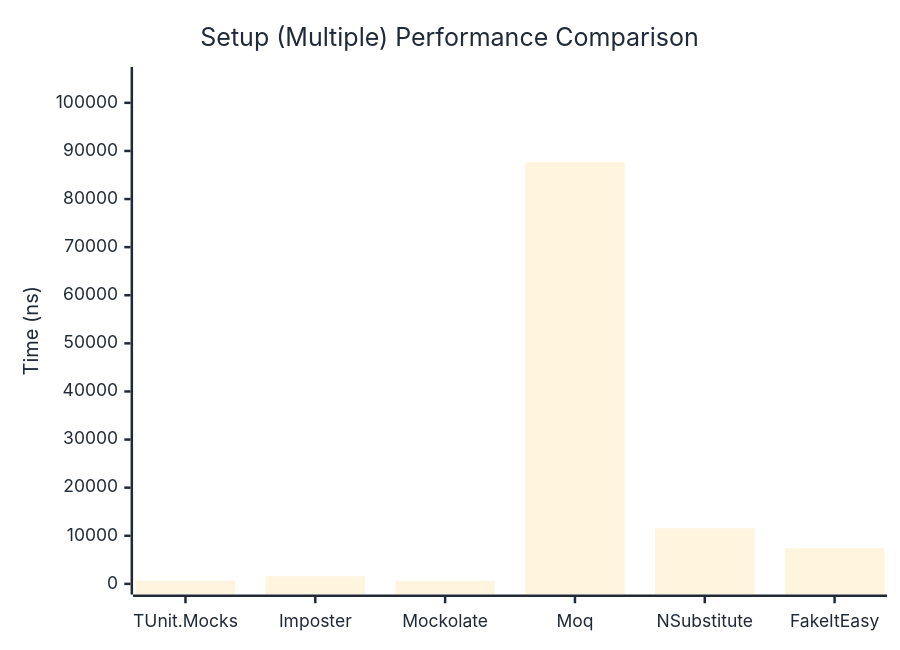
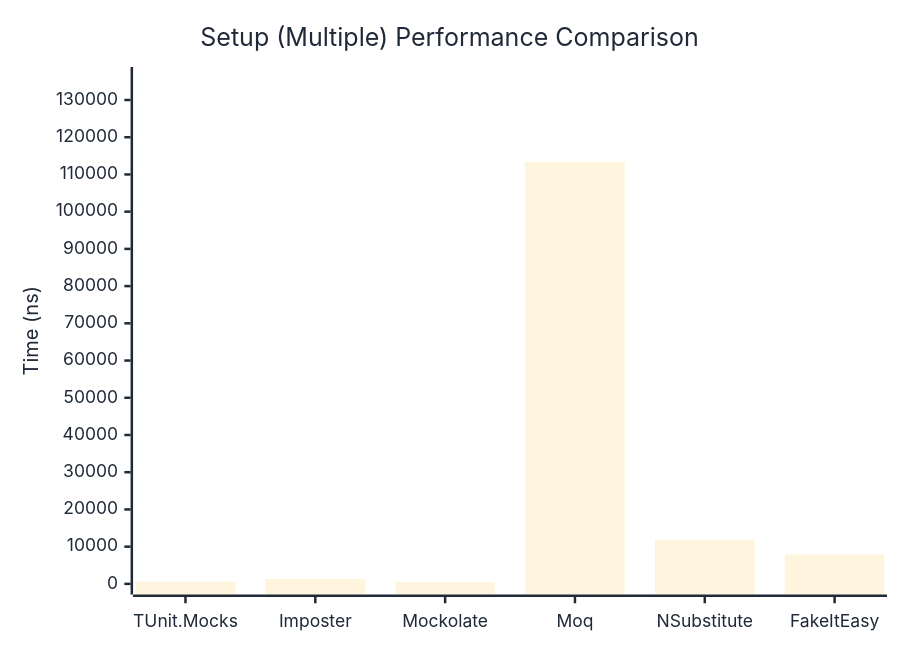
Before and after one commit to thomhurst/TUnit: the second of 2 diagrams in docs/docs/benchmarks/mocks/Setup.md, drawn with Mermaid. The commit also changed other lines of this file and 14 other files, not shown here.

````diff
--- a/docs/docs/benchmarks/mocks/Setup.md
+++ b/docs/docs/benchmarks/mocks/Setup.md
@@ -69,27 +69,27 @@
 ```mermaid
 %%{init: {
   'theme':'base',
   'themeVariables': {
     'primaryColor': '#2563eb',
     'primaryTextColor': '#1f2937',
     'primaryBorderColor': '#1e40af',
     'lineColor': '#6b7280',
     'secondaryColor': '#7c3aed',
     'tertiaryColor': '#dc2626',
     'background': '#ffffff',
     'pie1': '#2563eb',
     'pie2': '#7c3aed',
     'pie3': '#dc2626',
     'pie4': '#f59e0b',
     'pie5': '#10b981',
     'pie6': '#06b6d4',
     'pie7': '#ec4899',
     'pie8': '#6366f1'
   }
 }}%%
 xychart-beta
   title "Setup (Multiple) Performance Comparison"
   x-axis ["TUnit.Mocks", "Imposter", "Mockolate", "Moq", "NSubstitute", "FakeItEasy"]
-  y-axis "Time (ns)" 0 --> 105241
-  bar [674.3, 1580, 635.7, 87700.7, 11565.6, 7411.6]
+  y-axis "Time (ns)" 0 --> 136010
+  bar [582.1, 1316.3, 534.1, 113341, 11891.6, 7887]
 ```
````
